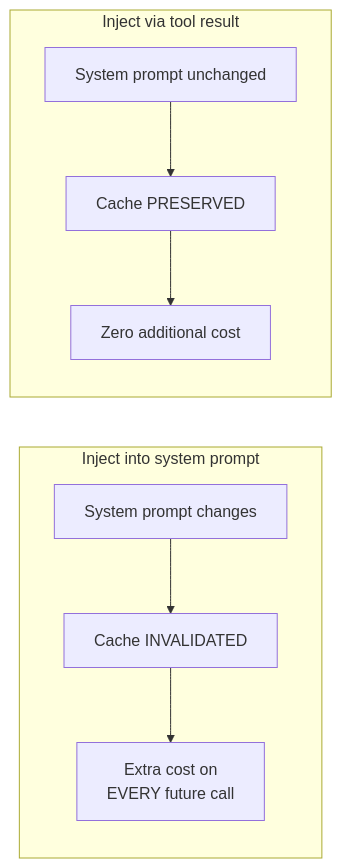
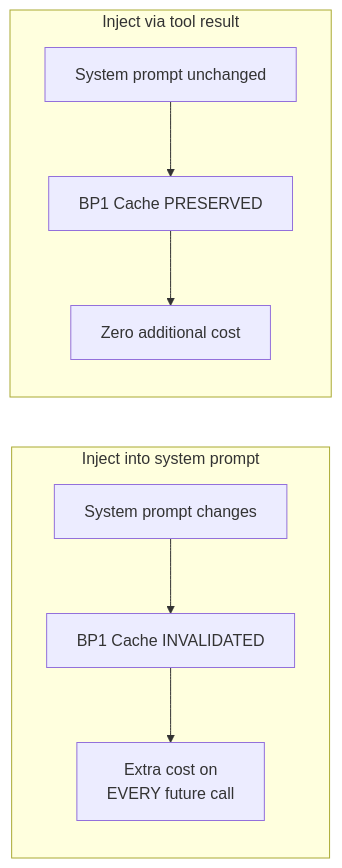
The sixth of 17 diagrams in context-management.md (2kages/agent-learning), drawn with Mermaid before and after one commit. The commit also changed other lines of this file and 2 other files, not shown here.

````diff
--- a/context-management.md
+++ b/context-management.md
@@ -138,16 +220,16 @@
 ```mermaid
 flowchart LR
     subgraph BAD ["Inject into system prompt"]
         B1["System prompt changes"]
-        B2["Cache INVALIDATED"]
+        B2["BP1 Cache INVALIDATED"]
         B3["Extra cost on<br/>EVERY future call"]
         B1 --> B2 --> B3
     end
 
     subgraph GOOD ["Inject via tool result"]
         G1["System prompt unchanged"]
-        G2["Cache PRESERVED"]
+        G2["BP1 Cache PRESERVED"]
         G3["Zero additional cost"]
         G1 --> G2 --> G3
     end
 ```
````
